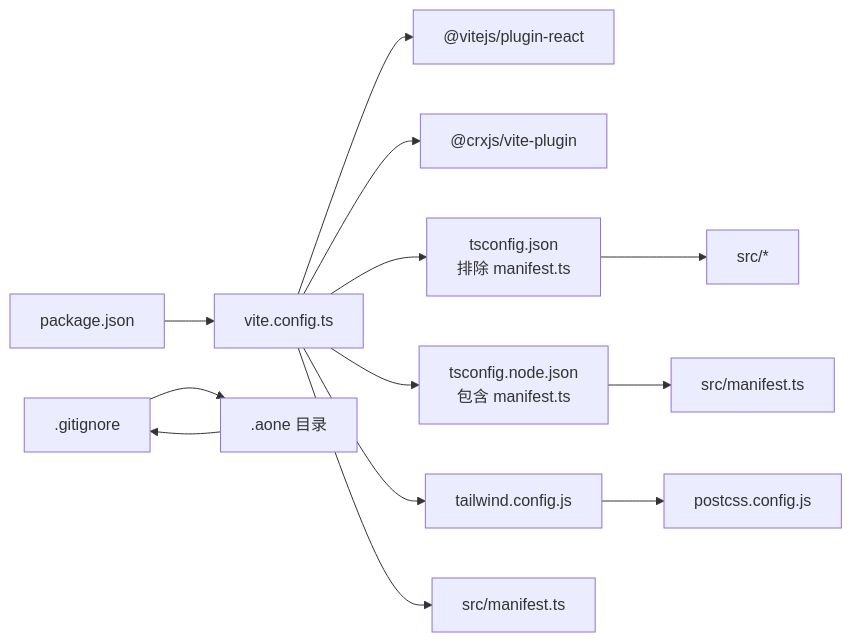
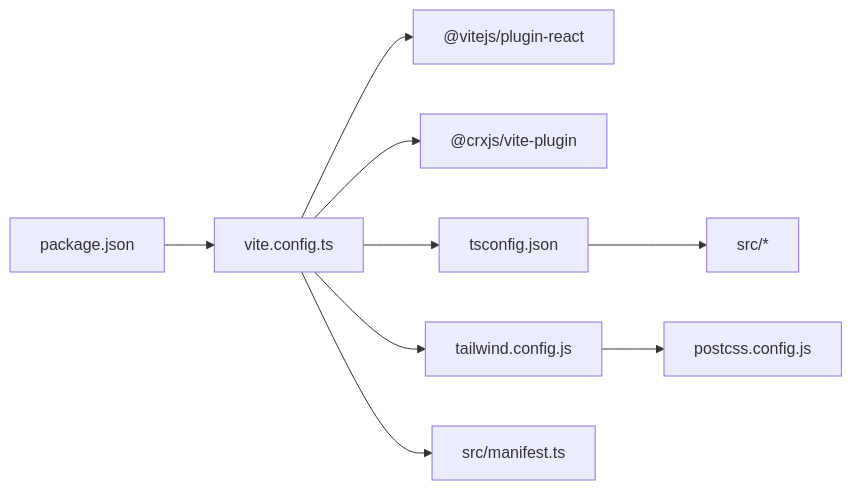
One commit to RadiumAg/bilibili-favorites changed the seventh of 7 diagrams in .qoder/repowiki/zh/content/开发指南/构建配置详解.md. Above: the diagram before and after it, drawn with Mermaid. The commit also changed other lines of this file and 21 other files, not shown here.

````diff
--- a/.qoder/repowiki/zh/content/开发指南/构建配置详解.md
+++ b/.qoder/repowiki/zh/content/开发指南/构建配置详解.md
@@ -345,15 +300,11 @@
 ```mermaid
 graph LR
 P["package.json"] --> V["vite.config.ts"]
 V --> R["@vitejs/plugin-react"]
 V --> C["@crxjs/vite-plugin"]
-V --> TSC["tsconfig.json<br/>排除 manifest.ts"]
-V --> TSCN["tsconfig.node.json<br/>包含 manifest.ts"]
+V --> TSC["tsconfig.json"]
 TSC --> SRC["src/*"]
-TSCN --> MAN["src/manifest.ts"]
 V --> TW["tailwind.config.js"]
 TW --> PC["postcss.config.js"]
 V --> M["src/manifest.ts"]
-GI[".gitignore"] --> AONE[".aone 目录"]
-AONE --> GI
 ```
````
